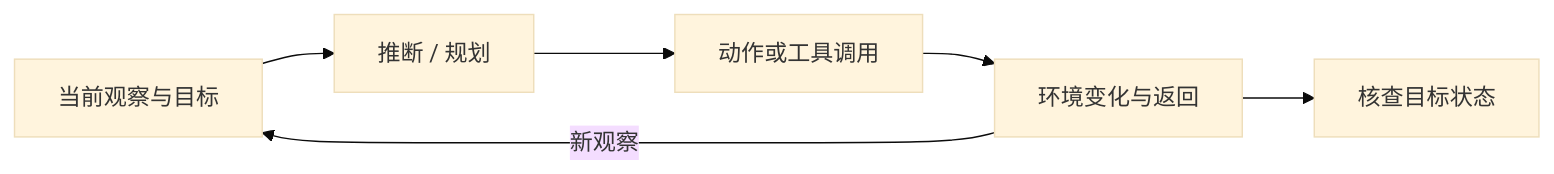
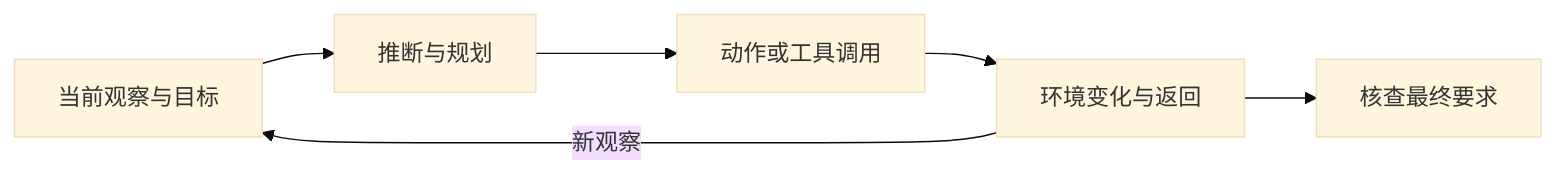
One commit to Westlife-Engineering/MLLM changed the diagram in wiki/reasoning/Overview.md. Above: the diagram before and after it, drawn with Mermaid (base theme). The commit also changed other lines of this file and 65 other files, not shown here.

````diff
--- a/wiki/reasoning/Overview.md
+++ b/wiki/reasoning/Overview.md
@@ -32,8 +30,8 @@
 ```mermaid
 flowchart LR
-    O[当前观察与目标] --> D[推断 / 规划]
-    D --> A[动作或工具调用]
+    O[当前观察与目标] --> P[推断与规划]
+    P --> A[动作或工具调用]
     A --> E[环境变化与返回]
     E -->|新观察| O
-    E --> V[核查目标状态]
+    E --> V[核查最终要求]
 ```
````
